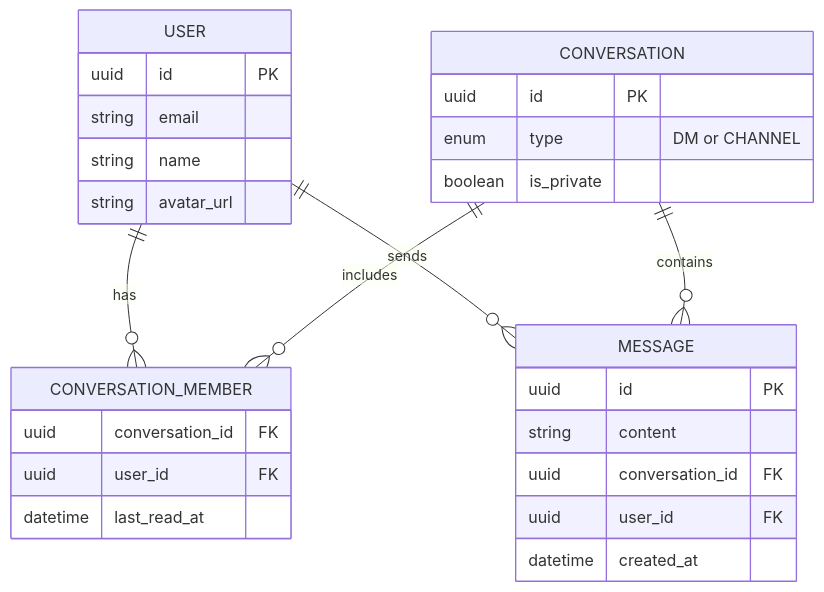
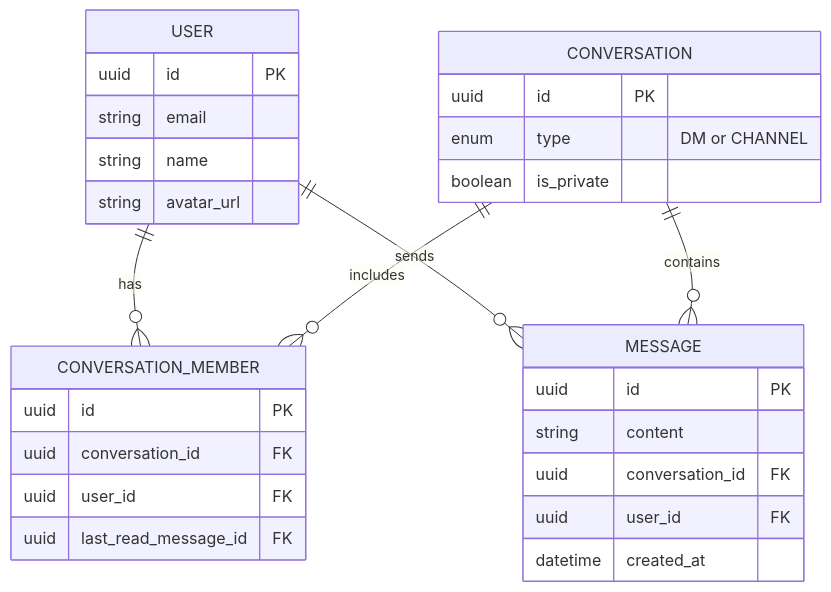
One commit to Kashyap-empiric/Nexus changed the second of 2 diagrams in .docs/architecture.md. Above: the diagram before and after it, drawn with Mermaid. The commit also changed other lines of this file and 73 other files, not shown here.

````diff
--- a/.docs/architecture.md
+++ b/.docs/architecture.md
@@ -58,35 +59,36 @@
 ```mermaid
 erDiagram
     USER ||--o{ CONVERSATION_MEMBER : has
     USER ||--o{ MESSAGE : sends
 
     CONVERSATION ||--o{ CONVERSATION_MEMBER : includes
     CONVERSATION ||--o{ MESSAGE : contains
 
     USER {
         uuid id PK
         string email
         string name
         string avatar_url
     }
 
     CONVERSATION {
         uuid id PK
         enum type "DM or CHANNEL"
         boolean is_private
     }
 
     CONVERSATION_MEMBER {
+        uuid id PK
         uuid conversation_id FK
         uuid user_id FK
-        datetime last_read_at
+        uuid last_read_message_id FK
     }
 
     MESSAGE {
         uuid id PK
         string content
         uuid conversation_id FK
         uuid user_id FK
         datetime created_at
     }
 ```
````
